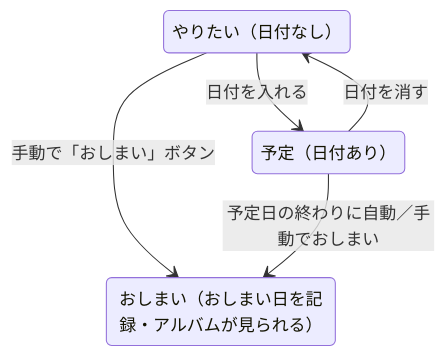
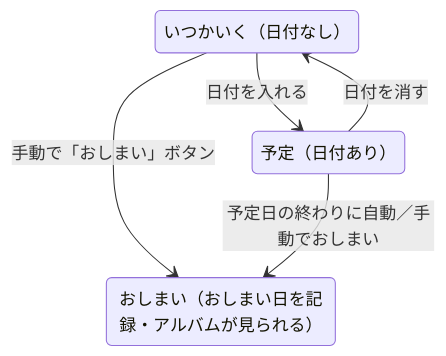
One commit to adelppi/chalo changed the diagram in docs/domain/plan-lifecycle.md. Above: the diagram before and after it, drawn with Mermaid. The commit also changed other lines of this file and 18 other files, not shown here.

````diff
--- a/docs/domain/plan-lifecycle.md
+++ b/docs/domain/plan-lifecycle.md
@@ -15,11 +15,11 @@
 ```mermaid
 stateDiagram-v2
-    wish: やりたい（日付なし）
+    wish: いつかいく（日付なし）
     scheduled: 予定（日付あり）
     done: おしまい（おしまい日を記録・アルバムが見られる）
 
     wish --> scheduled: 日付を入れる
     scheduled --> wish: 日付を消す
     wish --> done: 手動で「おしまい」ボタン
     scheduled --> done: 予定日の終わりに自動／手動でおしまい
 ```
````
